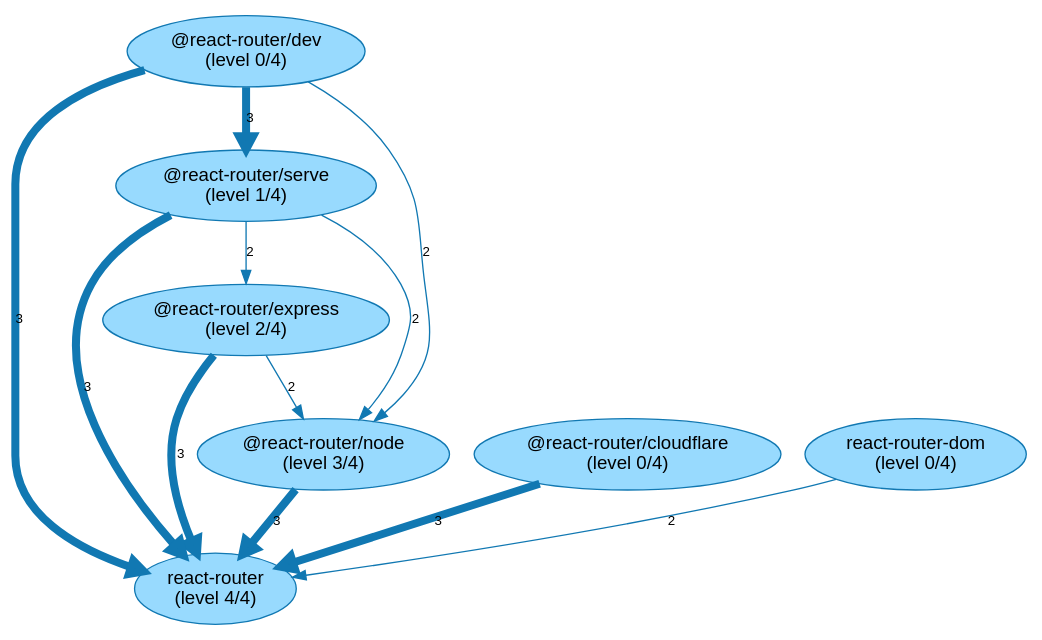
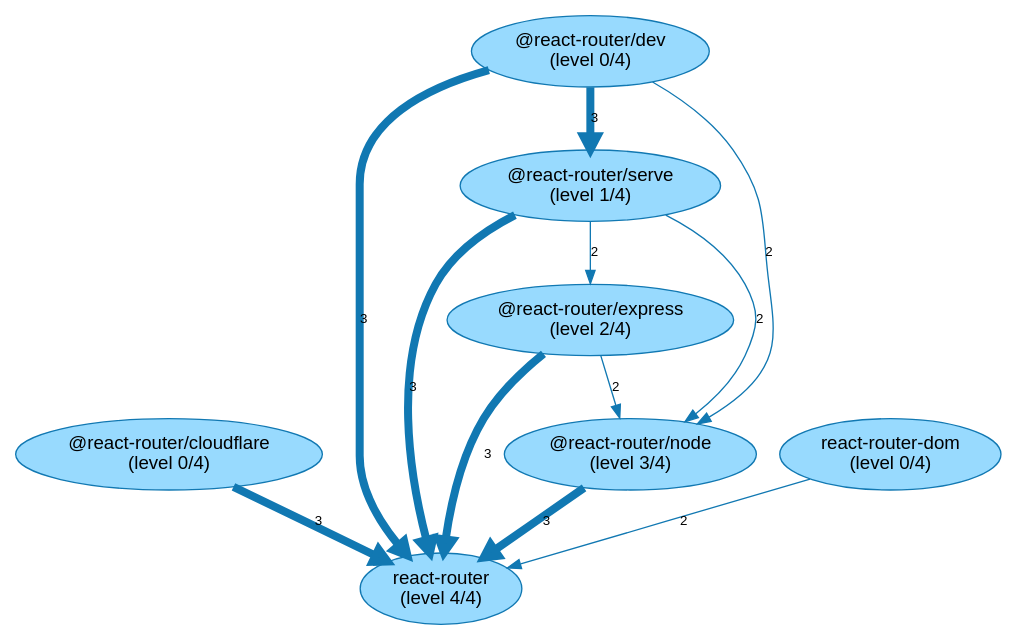
Before and after one commit to JohT/code-graph-analysis-examples: the diagram in analysis-results/react-router/latest/internal-dependencies/NPM_NonDevPackage/Graph_Visualizations/NpmPackageBuildLevels.gv, drawn with Graphviz. The commit also changed other lines of this file and 327 other files, not shown here.

```diff
--- a/analysis-results/react-router/latest/internal-dependencies/NPM_NonDevPackage/Graph_Visualizations/NpmPackageBuildLevels.gv
+++ b/analysis-results/react-router/latest/internal-dependencies/NPM_NonDevPackage/Graph_Visualizations/NpmPackageBuildLevels.gv
@@ -1,21 +1,21 @@
 // This GraphViz dot file was generated by the script convertQueryResultCsvToGraphVizDotFile.sh with default.template
 
 strict digraph NpmPackageBuildLevels {
     fontname = "Helvetica,Arial,sans-serif";
     node [fontname = "Helvetica,Arial,sans-serif";];
     edge [fontname = "Helvetica,Arial,sans-serif"; fontsize = 10;];
     node [style = filled; fillcolor = "0.560 0.400 0.999";];
     node [color = "0.560 0.900 0.700";];
     edge [color = "0.560 0.900 0.700";];
-	"@react-router/dev\n(level 0/4)" -> "react-router\n(level 4/4)" [label = 3; penwidth = 6.0; ];
 	"@react-router/cloudflare\n(level 0/4)" -> "react-router\n(level 4/4)" [label = 3; penwidth = 6.0; ];
-	"@react-router/express\n(level 2/4)" -> "react-router\n(level 4/4)" [label = 3; penwidth = 6.0; ];
 	"@react-router/serve\n(level 1/4)" -> "react-router\n(level 4/4)" [label = 3; penwidth = 6.0; ];
 	"@react-router/node\n(level 3/4)" -> "react-router\n(level 4/4)" [label = 3; penwidth = 6.0; ];
+	"@react-router/dev\n(level 0/4)" -> "react-router\n(level 4/4)" [label = 3; penwidth = 6.0; ];
+	"@react-router/express\n(level 2/4)" -> "react-router\n(level 4/4)" [label = 3; penwidth = 6.0; ];
 	"@react-router/dev\n(level 0/4)" -> "@react-router/serve\n(level 1/4)" [label = 3; penwidth = 6.0; ];
 	"react-router-dom\n(level 0/4)" -> "react-router\n(level 4/4)" [label = 2; penwidth = 1.0; ];
 	"@react-router/dev\n(level 0/4)" -> "@react-router/node\n(level 3/4)" [label = 2; penwidth = 1.0; ];
 	"@react-router/serve\n(level 1/4)" -> "@react-router/node\n(level 3/4)" [label = 2; penwidth = 1.0; ];
 	"@react-router/express\n(level 2/4)" -> "@react-router/node\n(level 3/4)" [label = 2; penwidth = 1.0; ];
 	"@react-router/serve\n(level 1/4)" -> "@react-router/express\n(level 2/4)" [label = 2; penwidth = 1.0; ];
 }
```
